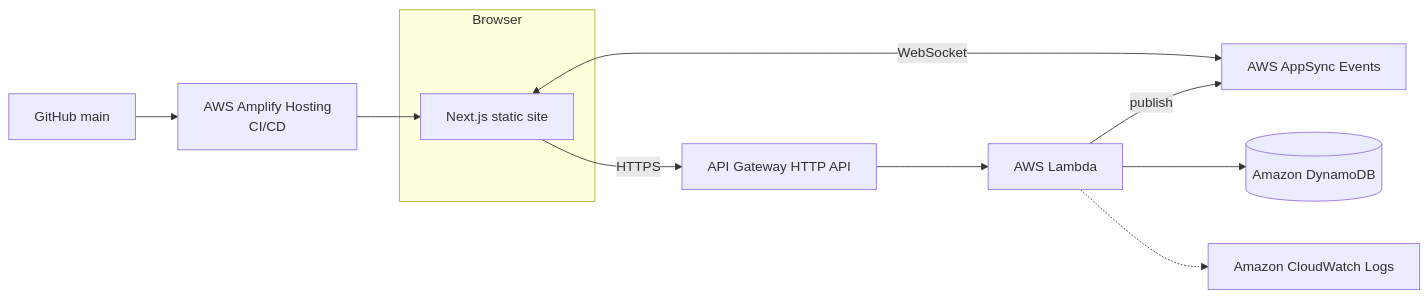
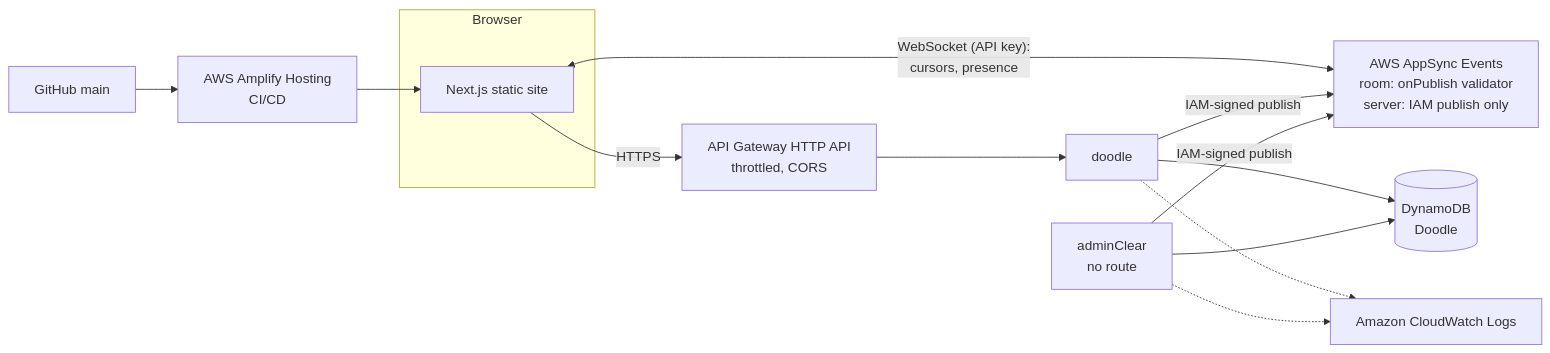
The diagram in README.md (wendoj/live-portfolio), drawn with Mermaid before and after one commit. The commit also changed other lines of this file and 36 other files, not shown here.

````diff
--- a/README.md
+++ b/README.md
@@ -40,12 +22,14 @@
 ```mermaid
 flowchart LR
   subgraph Browser
     UI[Next.js static site]
   end
-  UI <-- WebSocket --> EV[AWS AppSync Events]
-  UI -- HTTPS --> AG[API Gateway HTTP API]
-  AG --> L[AWS Lambda] --> DB[(Amazon DynamoDB)]
-  L -- publish --> EV
+  UI <-- "WebSocket (API key):<br/>cursors, presence" --> EV[AWS AppSync Events<br/>room: onPublish validator<br/>server: IAM publish only]
+  UI -- HTTPS --> AG[API Gateway HTTP API<br/>throttled, CORS]
+  AG --> DO[doodle] --> T2[(DynamoDB<br/>Doodle)]
+  DO -- "IAM-signed publish" --> EV
+  AC[adminClear<br/>no route] --> T2
+  AC -- "IAM-signed publish" --> EV
   GH[GitHub main] --> AH[AWS Amplify Hosting<br/>CI/CD] --> UI
-  L -.-> CW[Amazon CloudWatch Logs]
+  DO & AC -.-> CW[Amazon CloudWatch Logs]
 ```
````
